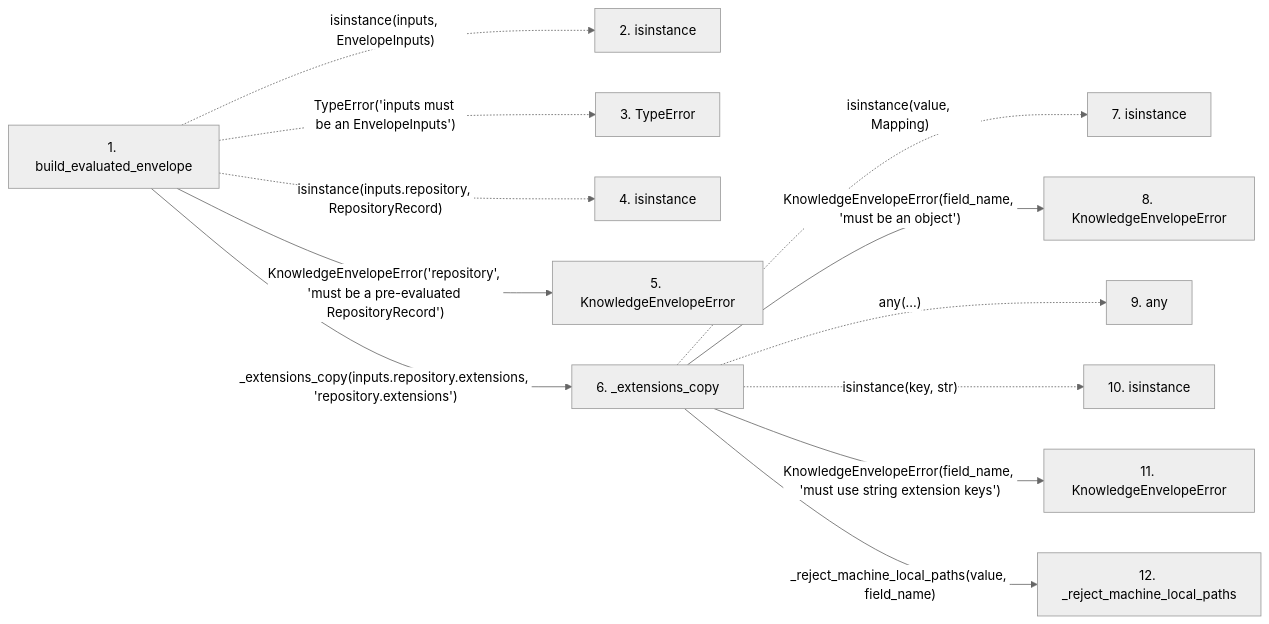
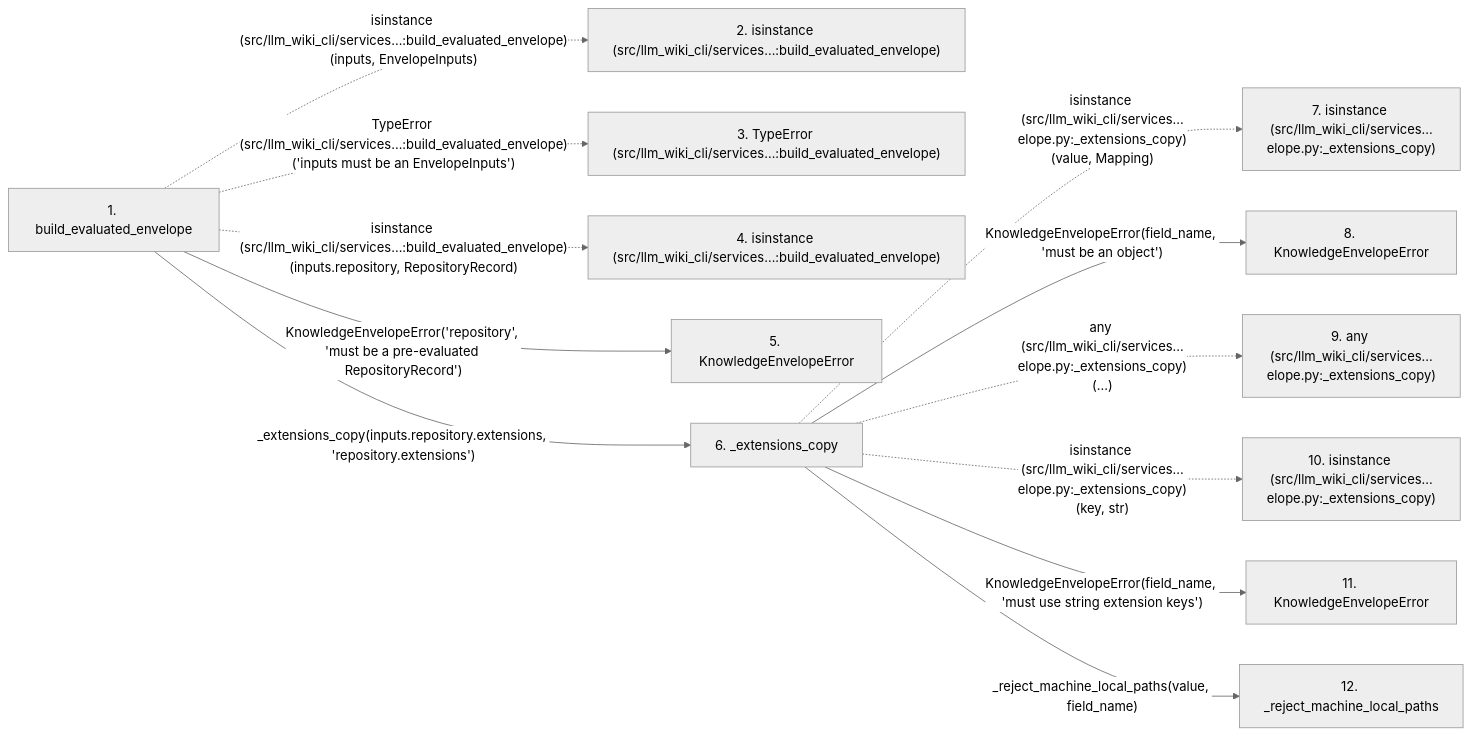
One commit to Denissvgn/python-wiki-llm changed the second of 2 diagrams in docs/llm_wiki/flows/api-build_evaluated_envelope.md. Above: the diagram before and after it, drawn with Mermaid (neutral theme). The commit also changed other lines of this file and 719 other files, not shown here.

````diff
--- a/docs/llm_wiki/flows/api-build_evaluated_envelope.md
+++ b/docs/llm_wiki/flows/api-build_evaluated_envelope.md
@@ -80,32 +86,32 @@
 ```mermaid
 flowchart LR
     s1["1. build_evaluated_envelope"]
-    s2["2. isinstance"]
-    s3["3. TypeError"]
-    s4["4. isinstance"]
+    s2["2. isinstance (src/llm_wiki_cli/services…:build_evaluated_envelope)"]
+    s3["3. TypeError (src/llm_wiki_cli/services…:build_evaluated_envelope)"]
+    s4["4. isinstance (src/llm_wiki_cli/services…:build_evaluated_envelope)"]
     s5["5. KnowledgeEnvelopeError"]
     s6["6. _extensions_copy"]
-    s7["7. isinstance"]
+    s7["7. isinstance (src/llm_wiki_cli/services…elope.py:_extensions_copy)"]
     s8["8. KnowledgeEnvelopeError"]
-    s9["9. any"]
-    s10["10. isinstance"]
+    s9["9. any (src/llm_wiki_cli/services…elope.py:_extensions_copy)"]
+    s10["10. isinstance (src/llm_wiki_cli/services…elope.py:_extensions_copy)"]
     s11["11. KnowledgeEnvelopeError"]
     s12["12. _reject_machine_local_paths"]
-    s1 -. "isinstance(inputs, EnvelopeInputs)" .-> s2
-    s1 -. "TypeError('inputs must be an EnvelopeInputs')" .-> s3
-    s1 -. "isinstance(inputs.repository, RepositoryRecord)" .-> s4
+    s1 -. "isinstance (src/llm_wiki_cli/services…:build_evaluated_envelope)(inputs, EnvelopeInputs)" .-> s2
+    s1 -. "TypeError (src/llm_wiki_cli/services…:build_evaluated_envelope)('inputs must be an EnvelopeInputs')" .-> s3
+    s1 -. "isinstance (src/llm_wiki_cli/services…:build_evaluated_envelope)(inputs.repository, RepositoryRecord)" .-> s4
     s1 -->|"KnowledgeEnvelopeError('repository', 'must be a pre-evaluated RepositoryRecord')"| s5
     s1 -->|"_extensions_copy(inputs.repository.extensions, 'repository.extensions')"| s6
-    s6 -. "isinstance(value, Mapping)" .-> s7
+    s6 -. "isinstance (src/llm_wiki_cli/services…elope.py:_extensions_copy)(value, Mapping)" .-> s7
     s6 -->|"KnowledgeEnvelopeError(field_name, 'must be an object')"| s8
-    s6 -. "any(...)" .-> s9
-    s6 -. "isinstance(key, str)" .-> s10
+    s6 -. "any (src/llm_wiki_cli/services…elope.py:_extensions_copy)(...)" .-> s9
+    s6 -. "isinstance (src/llm_wiki_cli/services…elope.py:_extensions_copy)(key, str)" .-> s10
     s6 -->|"KnowledgeEnvelopeError(field_name, 'must use string extension keys')"| s11
     s6 -->|"_reject_machine_local_paths(value, field_name)"| s12
     click s1 "../modules/knowledge_envelope.md"
     click s5 "../modules/knowledge_envelope.md"
     click s6 "../modules/knowledge_envelope.md"
     click s8 "../modules/knowledge_envelope.md"
     click s11 "../modules/knowledge_envelope.md"
     click s12 "../modules/knowledge_envelope.md"
 ```
````
